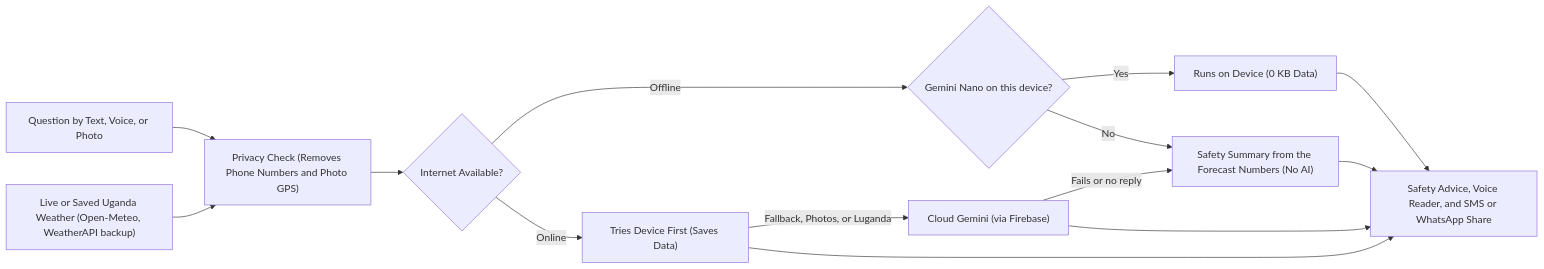
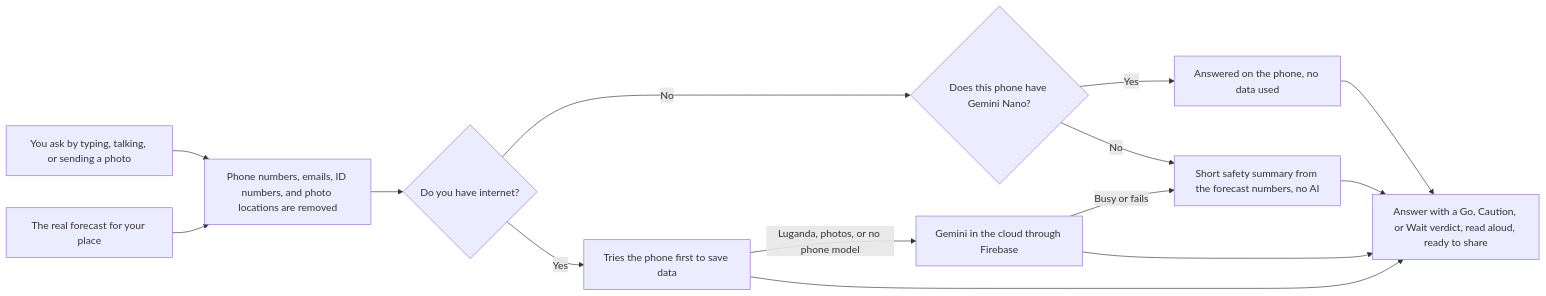
One commit to MarkDanielsMCraft/Uganda-Weather-Hybrid changed the diagram in README.md. Above: the diagram before and after it, drawn with Mermaid. The commit also changed other lines of this file, not shown here.

````diff
--- a/README.md
+++ b/README.md
@@ -53,16 +63,16 @@
 ```mermaid
 flowchart LR
-  User["Question by Text, Voice, or Photo"] --> Clean["Privacy Check (Removes Phone Numbers and Photo GPS)"]
-  Weather["Live or Saved Uganda Weather (Open-Meteo, WeatherAPI backup)"] --> Clean
-  Clean --> Router{"Internet Available?"}
-  Router -->|"Offline"| HasNano{"Gemini Nano on this device?"}
-  HasNano -->|"Yes"| PhoneOnly["Runs on Device (0 KB Data)"]
-  HasNano -->|"No"| Saved["Safety Summary from the Forecast Numbers (No AI)"]
-  Saved --> Reply
-  Router -->|"Online"| PhoneFirst["Tries Device First (Saves Data)"]
-  PhoneFirst -->|"Fallback, Photos, or Luganda"| Cloud["Cloud Gemini (via Firebase)"]
-  Cloud -->|"Fails or no reply"| Saved
-  PhoneOnly --> Reply["Safety Advice, Voice Reader, and SMS or WhatsApp Share"]
-  PhoneFirst --> Reply
-  Cloud --> Reply
+  Question["You ask by typing, talking, or sending a photo"] --> Privacy["Phone numbers, emails, ID numbers, and photo locations are removed"]
+  Forecast["The real forecast for your place"] --> Privacy
+  Privacy --> Signal{"Do you have internet?"}
+  Signal -->|"No"| Nano{"Does this phone have Gemini Nano?"}
+  Nano -->|"Yes"| OnPhone["Answered on the phone, no data used"]
+  Nano -->|"No"| Summary["Short safety summary from the forecast numbers, no AI"]
+  Signal -->|"Yes"| PhoneFirst["Tries the phone first to save data"]
+  PhoneFirst -->|"Luganda, photos, or no phone model"| Cloud["Gemini in the cloud through Firebase"]
+  Cloud -->|"Busy or fails"| Summary
+  OnPhone --> Answer["Answer with a Go, Caution, or Wait verdict, read aloud, ready to share"]
+  PhoneFirst --> Answer
+  Cloud --> Answer
+  Summary --> Answer
 ```
````
